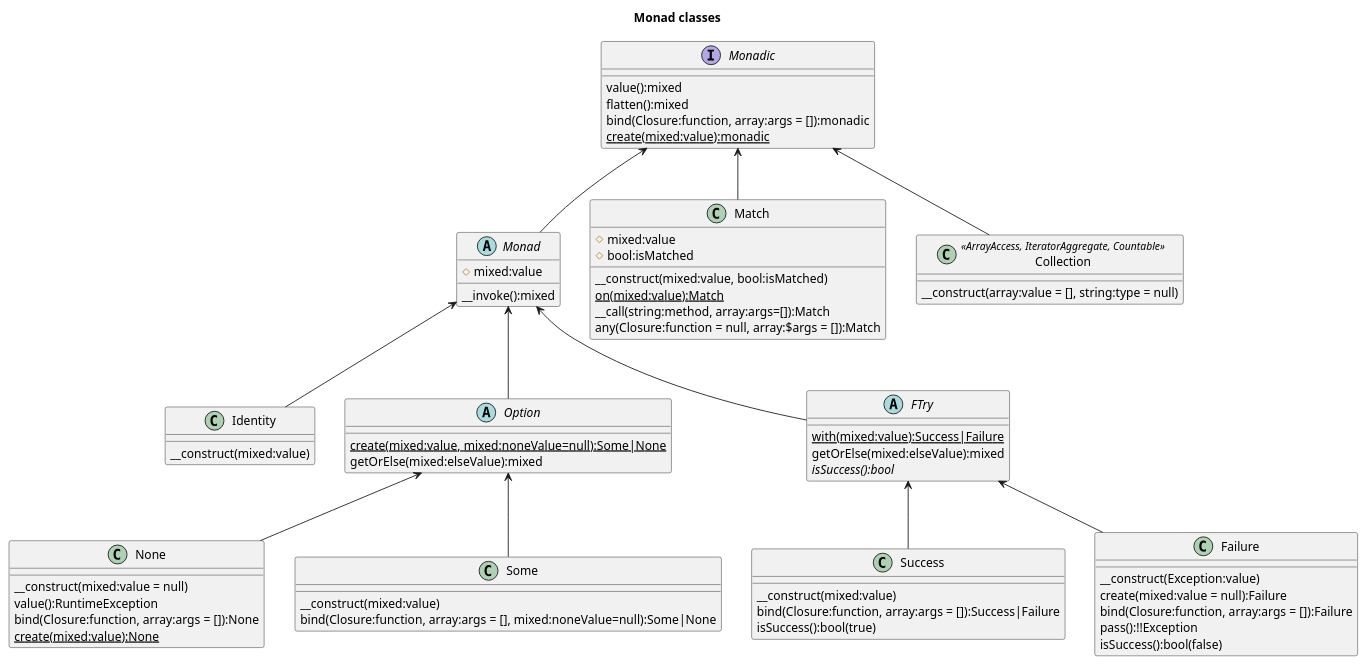
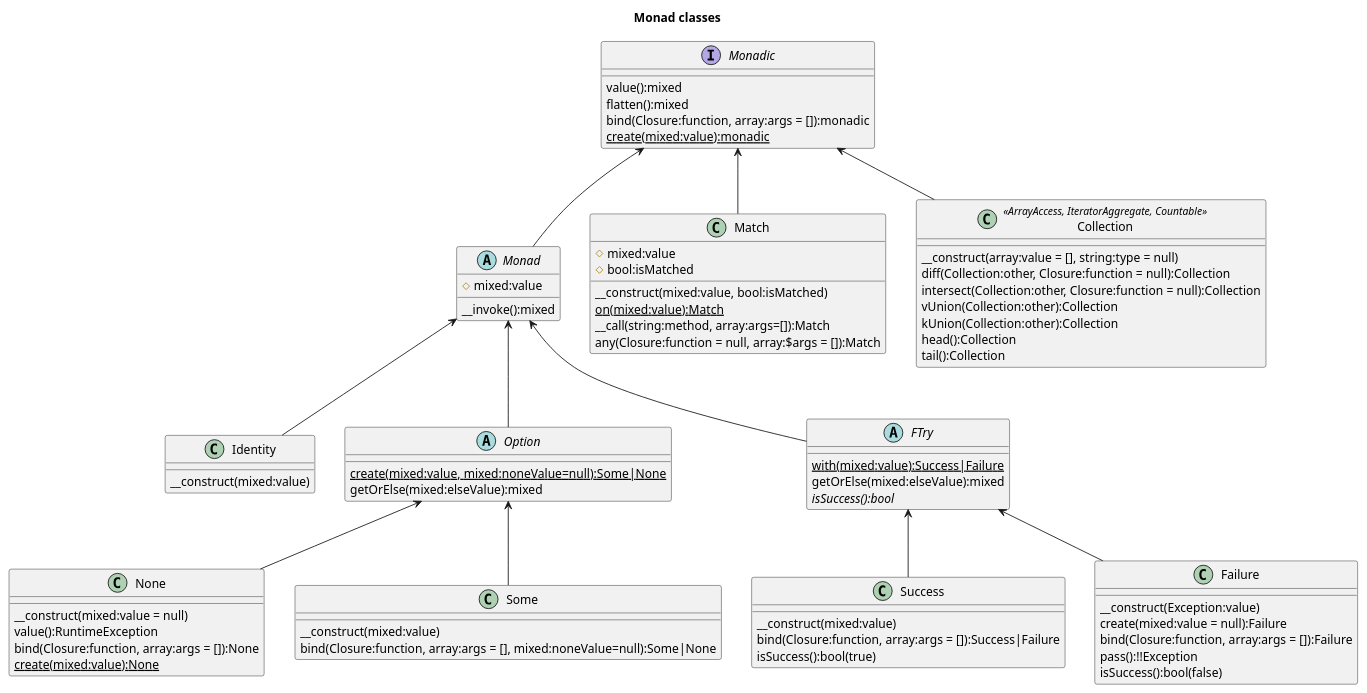
The diagram in docs/Monad Classes.puml (chippyash/Monad), drawn with PlantUML before and after one commit. The commit also changed 5 other files, not shown here.

```diff
--- a/docs/Monad Classes.puml
+++ b/docs/Monad Classes.puml
@@ -1,81 +1,87 @@
 @startuml
 title Monad classes
 
 interface Monadic {
     value():mixed
     flatten():mixed
     bind(Closure:function, array:args = []):monadic
     {static} create(mixed:value):monadic
 }
 
 abstract class Monad {
     #mixed:value
     __invoke():mixed
 }
 
 class Identity {
     __construct(mixed:value)
 }
 
 abstract class Option {
     {static} create(mixed:value, mixed:noneValue=null):Some|None
     getOrElse(mixed:elseValue):mixed
 }
 
 class None {
     __construct(mixed:value = null)
     value():RuntimeException
     bind(Closure:function, array:args = []):None
     {static} create(mixed:value):None
 }
 
 class Some {
     __construct(mixed:value)
     bind(Closure:function, array:args = [], mixed:noneValue=null):Some|None
 }
 
 class Match {
     #mixed:value
     #bool:isMatched
     __construct(mixed:value, bool:isMatched)
     {static} on(mixed:value):Match
     __call(string:method, array:args=[]):Match
     any(Closure:function = null, array:$args = []):Match
 }
 
 abstract class FTry {
     {static} with(mixed:value):Success|Failure
     getOrElse(mixed:elseValue):mixed
     {abstract} isSuccess():bool
 }
 
 class Success {
     __construct(mixed:value)
     bind(Closure:function, array:args = []):Success|Failure
     isSuccess():bool(true)
 }
 
 class Failure {
     __construct(Exception:value)
      create(mixed:value = null):Failure
     bind(Closure:function, array:args = []):Failure
     pass():!!Exception
     isSuccess():bool(false)
 }
 
 class Collection <<ArrayAccess, IteratorAggregate, Countable>> {
     __construct(array:value = [], string:type = null)
+    diff(Collection:other, Closure:function = null):Collection
+    intersect(Collection:other, Closure:function = null):Collection
+    vUnion(Collection:other):Collection
+    kUnion(Collection:other):Collection
+    head():Collection
+    tail():Collection
 }
 
 Monadic <-- Monad
 Monadic <-- Match
 Monadic <-- Collection
 Monad <-- Identity
 Monad <-- Option
 Option <-- None
 Option <-- Some
 Monad <-- FTry
 FTry <-- Success
 FTry <-- Failure
 
 @enduml
```
